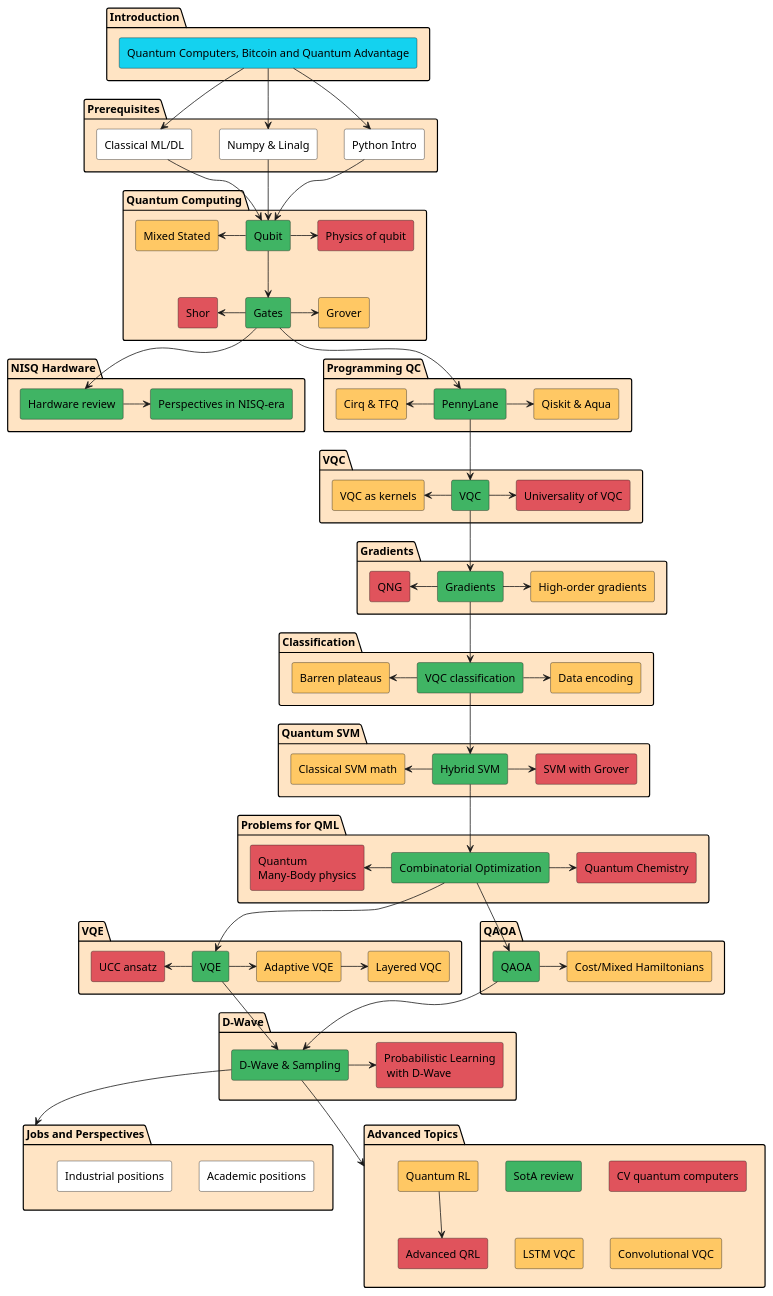
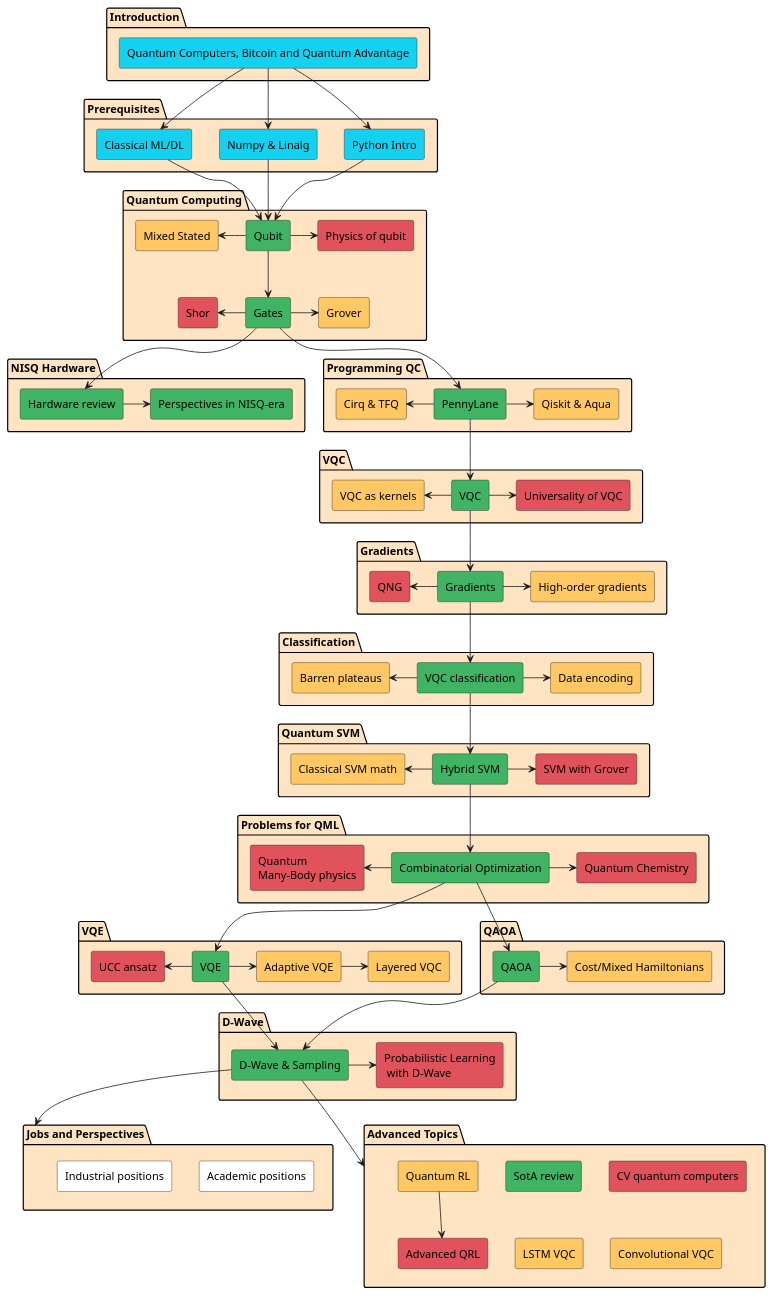
One commit to polyzer/qmlcourse changed the diagram in _static/index/program.plantuml. Above: the diagram before and after it, drawn with PlantUML. The commit also changed 76 other files, not shown here.

```diff
--- a/_static/index/program.plantuml
+++ b/_static/index/program.plantuml
@@ -1,151 +1,151 @@
 @startuml
 package "Introduction" #Bisque {
         rectangle "Quantum Computers, Bitcoin and Quantum Advantage" as intro1 #14D2EF
 }
 
 package "Prerequisites" #Bisque {
-        rectangle "Python Intro" as python #White
-        rectangle "Numpy & Linalg" as numpy #White
-        rectangle "Classical ML/DL" as ml #White
+        rectangle "Python Intro" as python #14D2EF
+        rectangle "Numpy & Linalg" as numpy #14D2EF
+        rectangle "Classical ML/DL" as ml #14D2EF
 }
 
 package "Quantum Computing" as qci #Bisque {
         rectangle "Qubit" as qubit #40B464
         rectangle "Gates" as gates #40B464
         rectangle "Physics of qubit" as physq #E0535C
         rectangle "Mixed Stated" as mixed #FFC864
         rectangle "Grover" as grover #FFC864
         rectangle "Shor" as shor #E0535C
 }
 
 package "NISQ Hardware" #Bisque {
         rectangle "Hardware review" as review #40B464
         rectangle "Perspectives in NISQ-era" as nisq #40B464
 }
 
 package "Programming QC" #Bisque {
         rectangle "PennyLane" as pennylane #40B464
         rectangle "Qiskit & Aqua" as qiskit #FFC864
         rectangle "Cirq & TFQ" as cirq #FFC864
 }
 
 package "VQC" #Bisque {
         rectangle "VQC" as vqc #40B464
         rectangle "VQC as kernels" as kernelvqc #FFC864
         rectangle "Universality of VQC" as univvqc #E0535C
 }
 
 package "Gradients" #Bisque {
         rectangle "Gradients" as grad #40B464
         rectangle "High-order gradients" as hograd #FFC864
         rectangle "QNG" as qng #E0535C
 }
 
 package "Classification" #Bisque {
         rectangle "VQC classification" as vqcc #40B464
         rectangle "Barren plateaus" as barren #FFC864
         rectangle "Data encoding" as encoding #FFC864
 }
 
 package "Quantum SVM" #Bisque {
         rectangle "Hybrid SVM" as hsvm #40B464
         rectangle "Classical SVM math" as csvm #FFC864
         rectangle "SVM with Grover" as gsvm #E0535C
 }
 
 package "Problems for QML" #Bisque {
         rectangle "Combinatorial Optimization" as copt #40B464
         rectangle "Quantum\nMany-Body physics" as qmbp #E0535C
         rectangle "Quantum Chemistry" as qchem #E0535C
 }
 
 package "VQE" #Bisque {
         rectangle "VQE" as vqe #40B464
         rectangle "Adaptive VQE" as avqe #FFC864
         rectangle "Layered VQC" as lvqe #FFC864
         rectangle "UCC ansatz" as uuc #E0535C
 }
 
 package "QAOA" #Bisque {
         rectangle "QAOA" as qaoa #40B464
         rectangle "Cost/Mixed Hamiltonians" as hams #FFC864
 }
 
 package "D-Wave" #Bisque {
         rectangle "D-Wave & Sampling" as dwave #40B464
         rectangle "Probabilistic Learning\n with D-Wave" as probml #E0535C
 }
 
 package "Jobs and Perspectives" as jobs #Bisque {
         rectangle "Academic positions" as academic #White
         rectangle "Industrial positions" as industrial #White
 }
 
 package "Advanced Topics" as adv #Bisque {
         rectangle "SotA review" as sota #40B464
         rectangle "Quantum RL" as qrl #FFC864
         rectangle "Advanced QRL" as aqrl #E0535C
         rectangle "CV quantum computers" as svqc #E0535C
         rectangle "LSTM VQC" as lstm #FFC864
         rectangle "Convolutional VQC" as convvqc #FFC864
 }
 
 intro1 --> python
 intro1 --> numpy
 intro1 --> ml
 
 python --> qubit
 numpy --> qubit
 ml --> qubit
 
 qubit --> gates
 qubit -> physq
 mixed <- qubit
 gates -> grover
 shor <- gates
 
 gates --> review
 review -> nisq
 
 gates --> pennylane
 cirq <- pennylane
 pennylane -> qiskit
 
 pennylane --> vqc
 kernelvqc <- vqc
 vqc -> univvqc
 
 vqc --> grad
 qng <- grad
 grad -> hograd
 
 grad --> vqcc
 barren <- vqcc
 vqcc -> encoding
 
 vqcc --> hsvm
 csvm <- hsvm
 hsvm -> gsvm
 
 hsvm --> copt
 qmbp <- copt
 copt -> qchem
 
 copt --> vqe
 uuc <- vqe
 vqe -> avqe
 avqe -> lvqe
 
 copt --> qaoa
 qaoa -> hams
 
 qaoa --> dwave
 vqe --> dwave
 dwave -> probml
 
 dwave --> jobs
 
 dwave -->adv
 qrl --> aqrl
 
 @enduml
```
